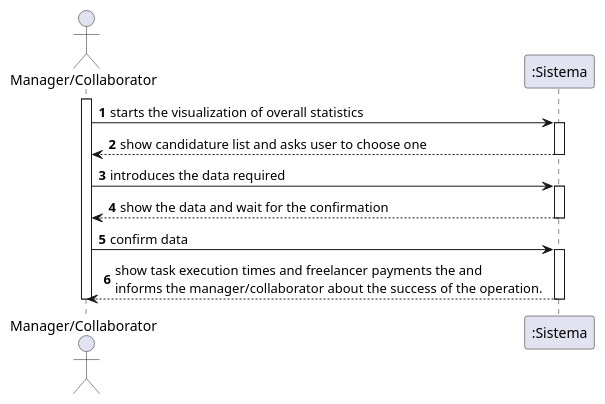
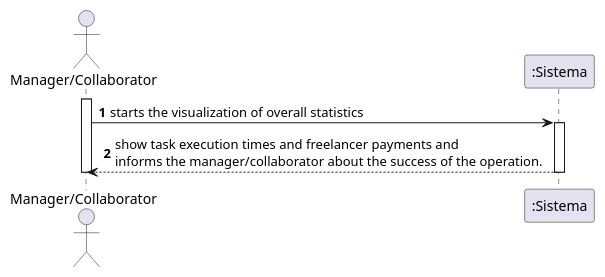
The diagram in docs/UC8 - Check Overall Statistics/UC8_SSD.puml (1190452/LAPR2), drawn with PlantUML before and after one commit.

Commit message:
[UC-8] - change ssd to use case 8

```diff
--- a/docs/UC8 - Check Overall Statistics/UC8_SSD.puml
+++ b/docs/UC8 - Check Overall Statistics/UC8_SSD.puml
@@ -1,25 +1,16 @@
 @startuml
 autonumber
 actor "Manager/Collaborator" as MCO
 
 participant ":Sistema" as SIST
 
 activate MCO
 MCO -> SIST : starts the visualization of overall statistics
+
 activate SIST
-SIST --> MCO : show candidature list and asks user to choose one 
-deactivate SIST
-
-MCO -> SIST : introduces the data required
-activate SIST
-SIST --> MCO : show the data and wait for the confirmation
-deactivate SIST
-
-MCO -> SIST : confirm data
-activate SIST
-SIST --> MCO : show task execution times and freelancer payments the and \ninforms the manager/collaborator about the success of the operation.
+SIST --> MCO : show task execution times and freelancer payments and \ninforms the manager/collaborator about the success of the operation.
 deactivate SIST
 
 deactivate MCO
 
 @enduml
```
